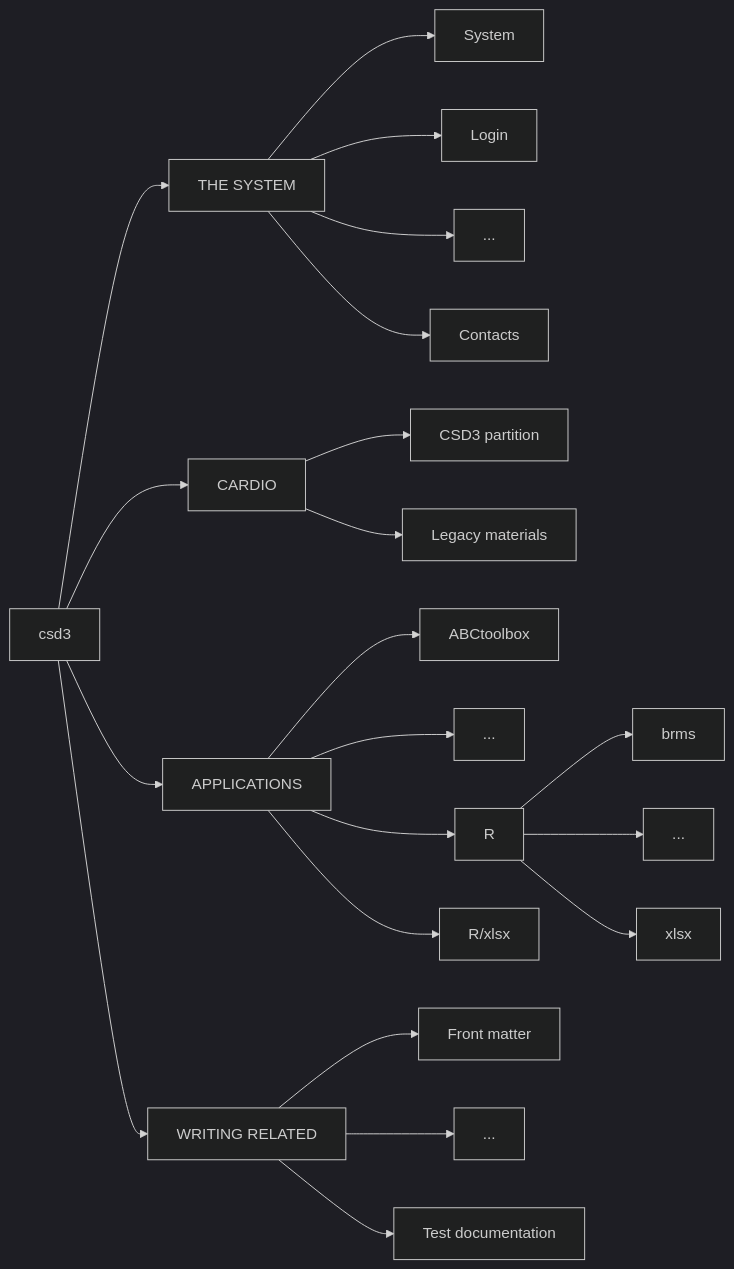
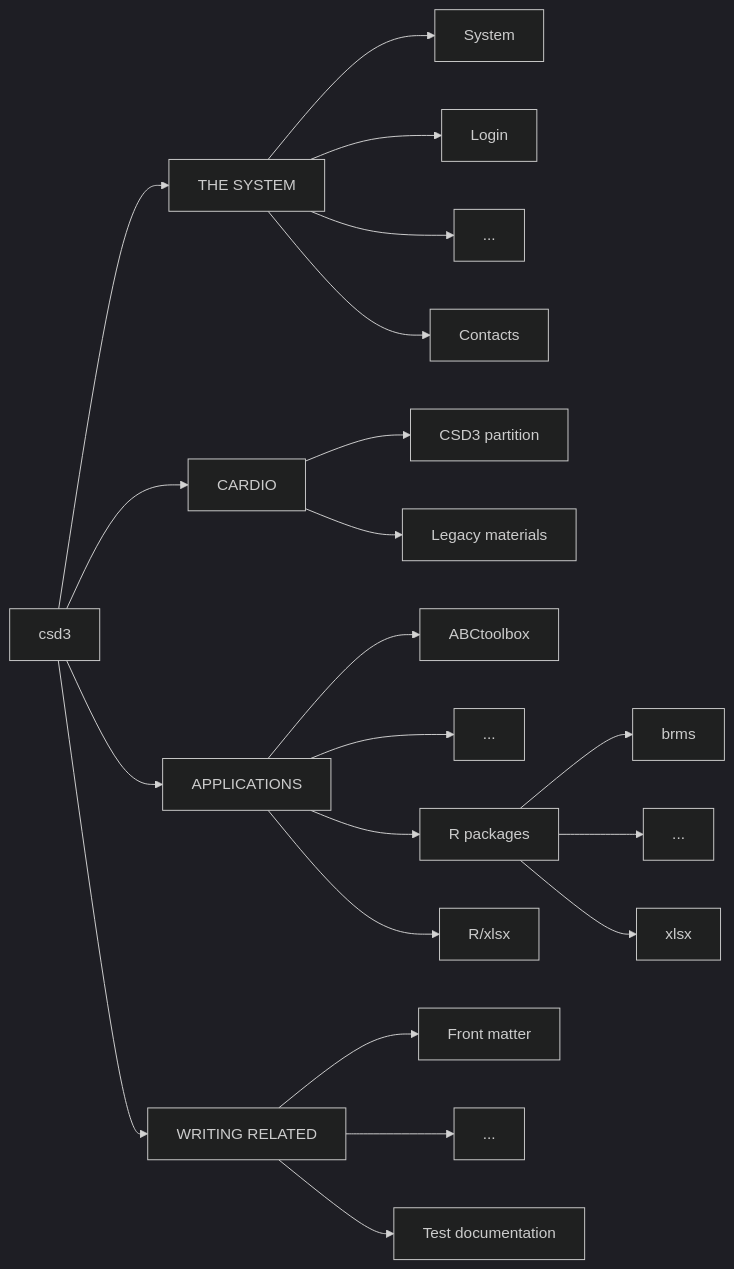
Before and after one commit to cambridge-ceu/csd3: the diagram in docs/README.md, drawn with Mermaid (dark theme).

````diff
--- a/docs/README.md
+++ b/docs/README.md
@@ -10,23 +10,23 @@
 ```mermaid
 graph LR;
 csd3 --> system["THE SYSTEM"]
 csd3 --> cardio["CARDIO"]
 csd3 --> applications["APPLICATIONS"]
 csd3 --> wr["WRITING RELATED"]
 system --> System
 system --> Login
 system --> sysdot["..."]
 system --> Contacts
 cardio --> cp["CSD3 partition"]
 cardio --> lm["Legacy materials"]
 applications --> ABCtoolbox
 applications --> appdot["..."]
-applications --> R
+applications --> R["R packages"]
 R --> brms
 R --> Rdot["..."]
 R --> xlsx
 applications --> R/xlsx
 wr --> fr["Front matter"]
 wr --> wrdot["..."]
 wr --> td["Test documentation"]
 ```
````
